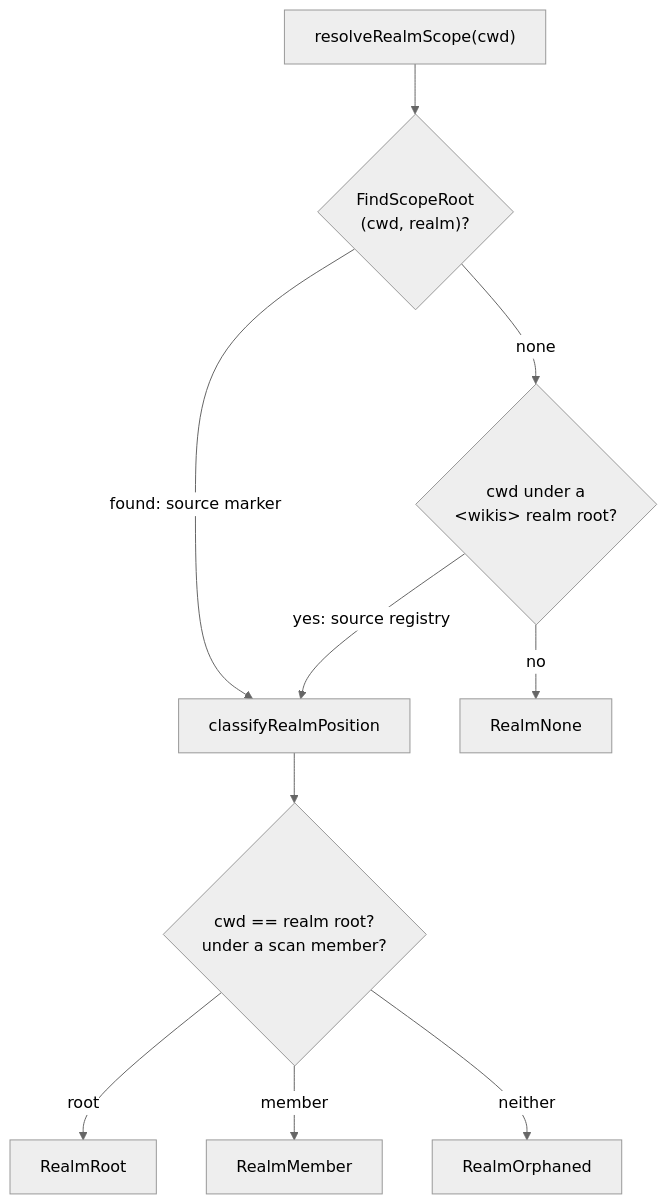
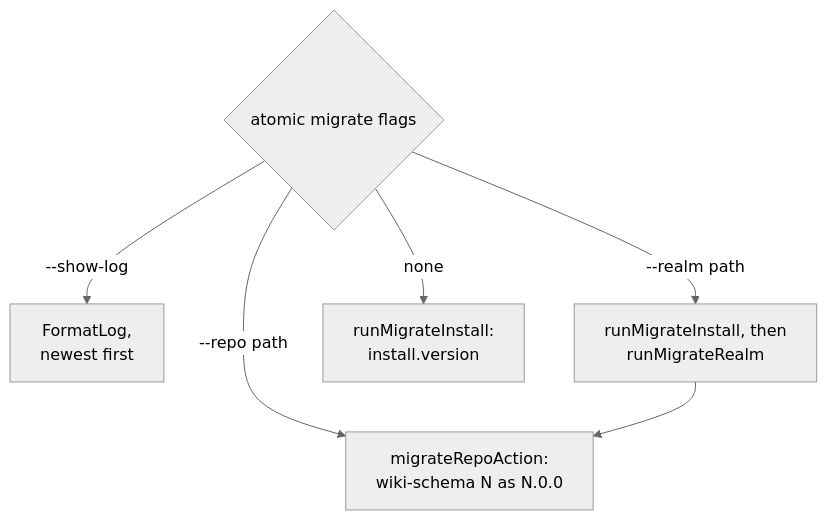
One commit to damusix/atomic-claude changed diagram 12 of 12 in docs/wiki/config.md. Above: the diagram before and after it, drawn with Mermaid (neutral theme). The commit also changed other lines of this file and 795 other files, not shown here.

First line of the commit message:
feat!: run Atomic on Claude Code, OMP, and Codex

````diff
--- a/docs/wiki/config.md
+++ b/docs/wiki/config.md
@@ -326,13 +306,9 @@
 ```mermaid
 flowchart TD
-    %% source: atomic/internal/where/where.go, docs/design/atomic-where.md
-    A["resolveRealmScope(cwd)"] --> M{"FindScopeRoot<br/>(cwd, realm)?"}
-    M -->|"found: source marker"| C["classifyRealmPosition"]
-    M -->|none| R{"cwd under a<br/>&lt;wikis&gt; realm root?"}
-    R -->|"yes: source registry"| C
-    R -->|no| N["RealmNone"]
-    C --> P{"cwd == realm root?<br/>under a scan member?"}
-    P -->|root| RR["RealmRoot"]
-    P -->|member| RM["RealmMember"]
-    P -->|neither| RO["RealmOrphaned"]
+    %% source: atomic/cmd/atomic/cmd_migrate.go; atomic/internal/migrate/migrate.go, schema.go
+    M{"atomic migrate flags"} -->|"--show-log"| LOG["FormatLog,<br/>newest first"]
+    M -->|"--repo path"| RP["migrateRepoAction:<br/>wiki-schema N as N.0.0"]
+    M -->|"--realm path"| RL["runMigrateInstall, then<br/>runMigrateRealm"]
+    M -->|none| IN["runMigrateInstall:<br/>install.version"]
+    RL --> RP
 ```
````
